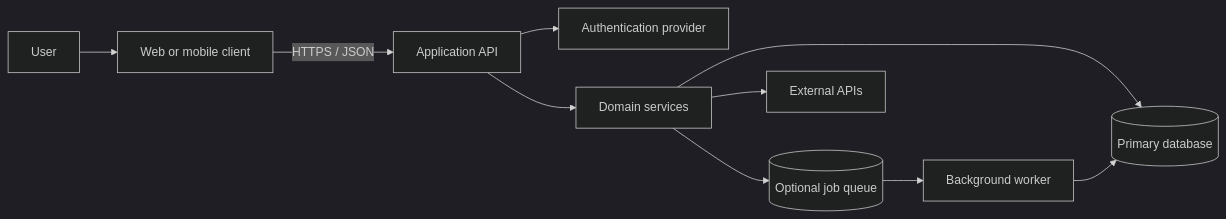
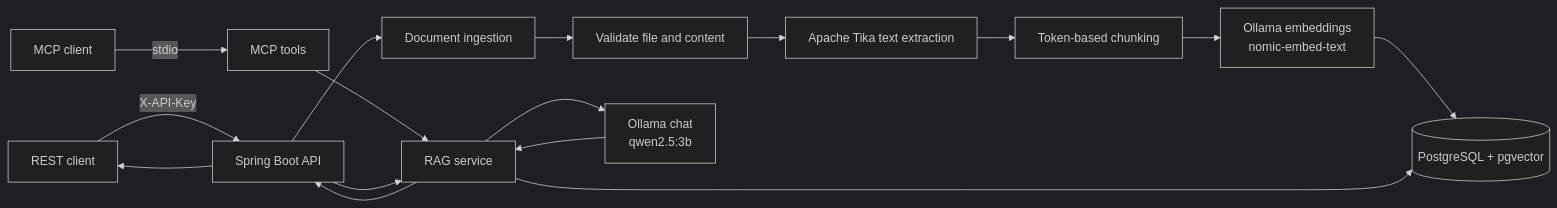
The diagram in README.md (Tamilarasan-mac/document-intelligence), drawn with Mermaid (dark theme) before and after one commit. The commit also changed other lines of this file, not shown here.

````diff
--- a/README.md
+++ b/README.md
@@ -24,12 +22,18 @@
 ```mermaid
 flowchart LR
-    User[User] --> Client[Web or mobile client]
-    Client -->|HTTPS / JSON| API[Application API]
-    API --> Auth[Authentication provider]
-    API --> Service[Domain services]
-    Service --> DB[(Primary database)]
-    Service --> Queue[(Optional job queue)]
-    Queue --> Worker[Background worker]
-    Worker --> DB
-    Service --> External[External APIs]
+    Client[REST client] -->|X-API-Key| API[Spring Boot API]
+    MCP[MCP client] -->|stdio| Tools[MCP tools]
+    Tools --> RAG[RAG service]
+    API --> Ingest[Document ingestion]
+    API --> RAG
+    Ingest --> Validate[Validate file and content]
+    Validate --> Tika[Apache Tika text extraction]
+    Tika --> Chunk[Token-based chunking]
+    Chunk --> Embed[Ollama embeddings<br/>nomic-embed-text]
+    Embed --> PG[(PostgreSQL + pgvector)]
+    RAG --> PG
+    RAG --> Chat[Ollama chat<br/>qwen2.5:3b]
+    Chat --> RAG
+    RAG --> API
+    API --> Client
 ```
````
